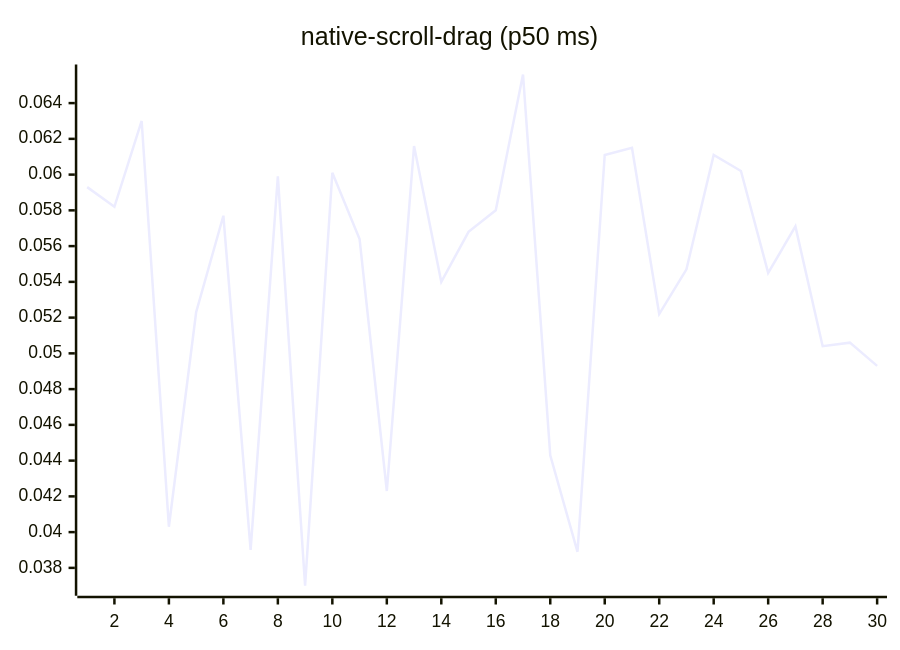
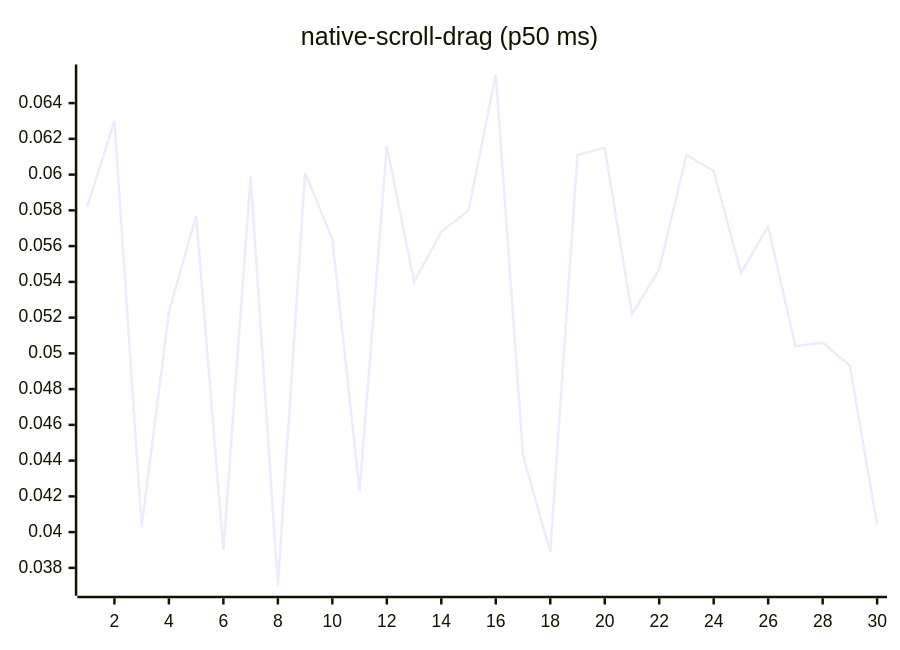
Diagram 14 of 27 in README.md (josha/Facet), drawn with Mermaid before and after one commit. The commit also changed other lines of this file and 2 other files, not shown here.

````diff
--- a/README.md
+++ b/README.md
@@ -154,6 +154,6 @@
 ```mermaid
 xychart-beta
     title "native-scroll-drag (p50 ms)"
     x-axis 1 --> 30
-    line [0.0593, 0.0582, 0.0630, 0.0403, 0.0523, 0.0577, 0.0390, 0.0599, 0.0370, 0.0601, 0.0564, 0.0423, 0.0616, 0.0540, 0.0568, 0.0580, 0.0656, 0.0443, 0.0389, 0.0611, 0.0615, 0.0522, 0.0547, 0.0611, 0.0602, 0.0545, 0.0571, 0.0504, 0.0506, 0.0493]
+    line [0.0582, 0.0630, 0.0403, 0.0523, 0.0577, 0.0390, 0.0599, 0.0370, 0.0601, 0.0564, 0.0423, 0.0616, 0.0540, 0.0568, 0.0580, 0.0656, 0.0443, 0.0389, 0.0611, 0.0615, 0.0522, 0.0547, 0.0611, 0.0602, 0.0545, 0.0571, 0.0504, 0.0506, 0.0493, 0.0404]
 ```
````
